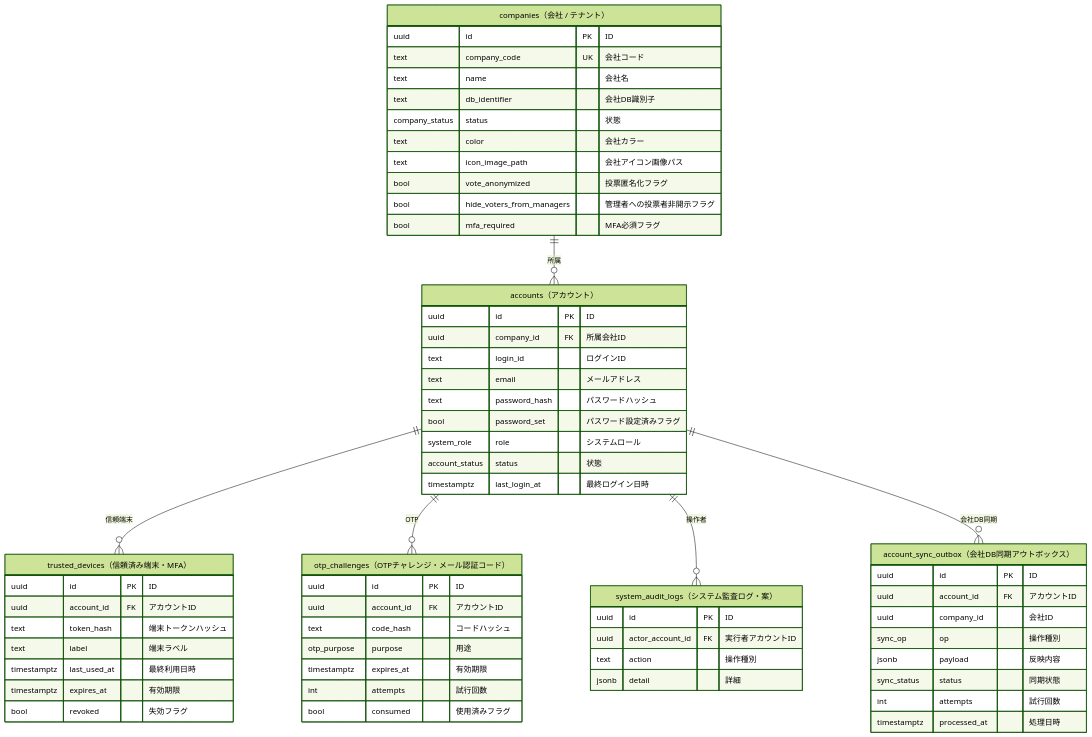
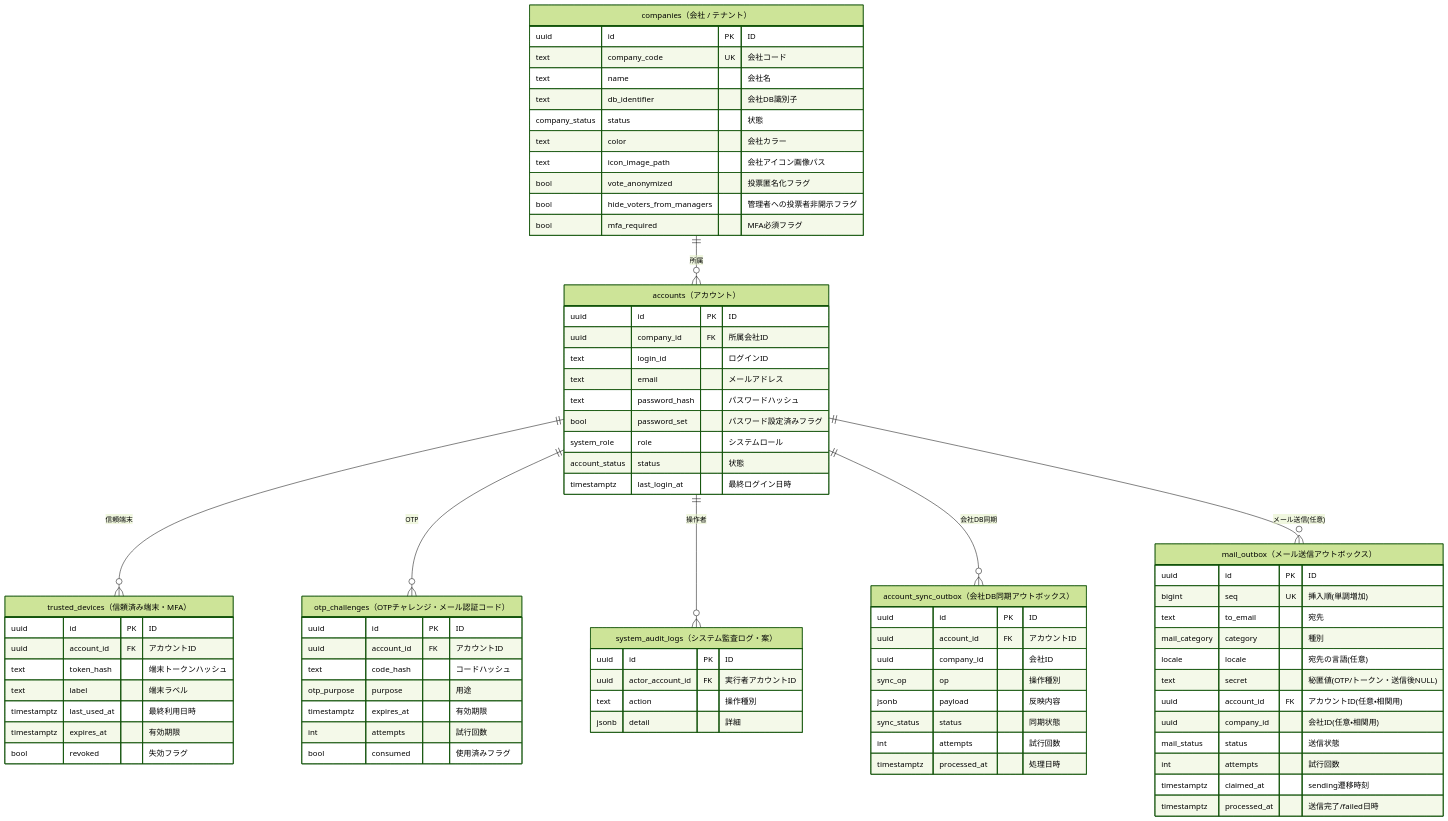
The second of 4 diagrams in doc/データモデル.md (t-umekawa-sc/sc-ideaquest-G2), drawn with Mermaid (forest theme) before and after one commit. The commit also changed other lines of this file, not shown here.

First line of the commit message:
docs(データモデル §4.7) mail_outbox（メール送信アウトボックス）を追記

````diff
--- a/doc/データモデル.md
+++ b/doc/データモデル.md
@@ -154,66 +157,81 @@
 ```mermaid
 erDiagram
   companies ||--o{ accounts : "所属"
   accounts ||--o{ trusted_devices : "信頼端末"
   accounts ||--o{ otp_challenges : "OTP"
   accounts ||--o{ system_audit_logs : "操作者"
   accounts ||--o{ account_sync_outbox : "会社DB同期"
+  accounts ||--o{ mail_outbox : "メール送信(任意)"
 
   companies["companies（会社 / テナント）"] {
     uuid id PK "ID"
     text company_code UK "会社コード"
     text name "会社名"
     text db_identifier "会社DB識別子"
     company_status status "状態"
     text color "会社カラー"
     text icon_image_path "会社アイコン画像パス"
     bool vote_anonymized "投票匿名化フラグ"
     bool hide_voters_from_managers "管理者への投票者非開示フラグ"
     bool mfa_required "MFA必須フラグ"
   }
   accounts["accounts（アカウント）"] {
     uuid id PK "ID"
     uuid company_id FK "所属会社ID"
     text login_id "ログインID"
     text email "メールアドレス"
     text password_hash "パスワードハッシュ"
     bool password_set "パスワード設定済みフラグ"
     system_role role "システムロール"
     account_status status "状態"
     timestamptz last_login_at "最終ログイン日時"
   }
   trusted_devices["trusted_devices（信頼済み端末・MFA）"] {
     uuid id PK "ID"
     uuid account_id FK "アカウントID"
     text token_hash "端末トークンハッシュ"
     text label "端末ラベル"
     timestamptz last_used_at "最終利用日時"
     timestamptz expires_at "有効期限"
     bool revoked "失効フラグ"
   }
   otp_challenges["otp_challenges（OTPチャレンジ・メール認証コード）"] {
     uuid id PK "ID"
     uuid account_id FK "アカウントID"
     text code_hash "コードハッシュ"
     otp_purpose purpose "用途"
     timestamptz expires_at "有効期限"
     int attempts "試行回数"
     bool consumed "使用済みフラグ"
   }
   system_audit_logs["system_audit_logs（システム監査ログ・案）"] {
     uuid id PK "ID"
     uuid actor_account_id FK "実行者アカウントID"
     text action "操作種別"
     jsonb detail "詳細"
   }
   account_sync_outbox["account_sync_outbox（会社DB同期アウトボックス）"] {
     uuid id PK "ID"
     uuid account_id FK "アカウントID"
     uuid company_id "会社ID"
     sync_op op "操作種別"
     jsonb payload "反映内容"
     sync_status status "同期状態"
     int attempts "試行回数"
     timestamptz processed_at "処理日時"
   }
+  mail_outbox["mail_outbox（メール送信アウトボックス）"] {
+    uuid id PK "ID"
+    bigint seq UK "挿入順(単調増加)"
+    text to_email "宛先"
+    mail_category category "種別"
+    locale locale "宛先の言語(任意)"
+    text secret "秘匿値(OTP/トークン・送信後NULL)"
+    uuid account_id FK "アカウントID(任意・相関用)"
+    uuid company_id "会社ID(任意・相関用)"
+    mail_status status "送信状態"
+    int attempts "試行回数"
+    timestamptz claimed_at "sending遷移時刻"
+    timestamptz processed_at "送信完了/failed日時"
+  }
 ```
````
